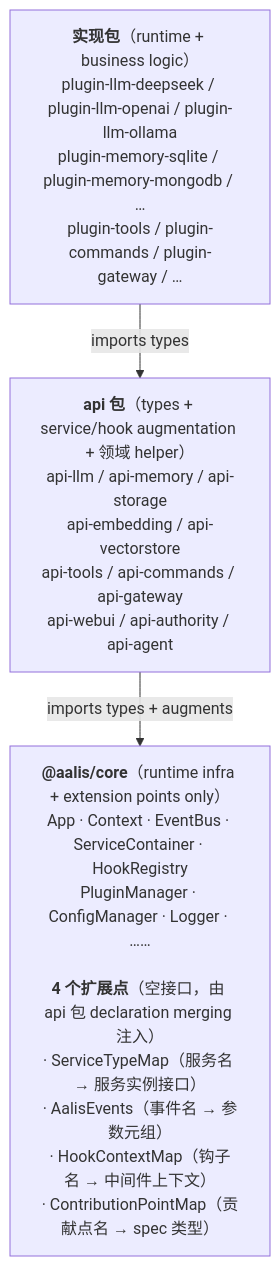
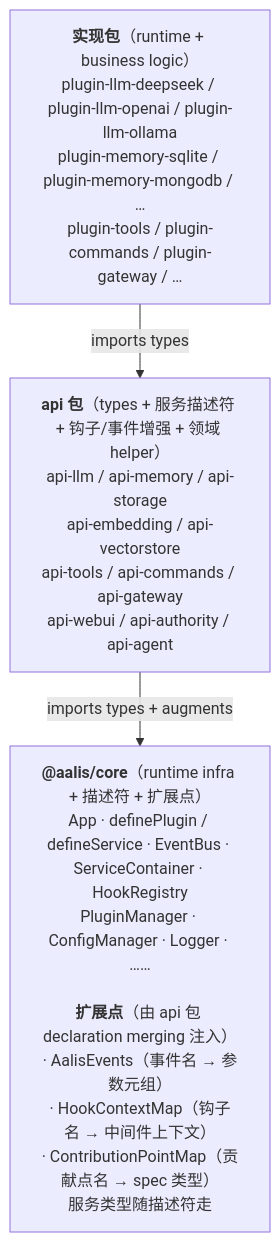
The diagram in docs/design/api-packages.md (AalisLabs/Aalis), drawn with Mermaid before and after one commit. The commit also changed other lines of this file and 12 other files, not shown here.

Commit message:
docs(core): 核心页改到统一服务架构——定义对象、能力、ServiceRef、管理动作口径

````diff
--- a/docs/design/api-packages.md
+++ b/docs/design/api-packages.md
@@ -17,8 +17,8 @@
 ```mermaid
 flowchart TB
   impl["<b>实现包</b>（runtime + business logic）<br/>plugin-llm-deepseek / plugin-llm-openai / plugin-llm-ollama<br/>plugin-memory-sqlite / plugin-memory-mongodb / …<br/>plugin-tools / plugin-commands / plugin-gateway / …"]
-  api["<b>api 包</b>（types + service/hook augmentation + 领域 helper）<br/>api-llm / api-memory / api-storage<br/>api-embedding / api-vectorstore<br/>api-tools / api-commands / api-gateway<br/>api-webui / api-authority / api-agent"]
-  core["<b>@aalis/core</b>（runtime infra + extension points only）<br/>App · Context · EventBus · ServiceContainer · HookRegistry<br/>PluginManager · ConfigManager · Logger · ……<br/> <br/><b>4 个扩展点</b>（空接口，由 api 包 declaration merging 注入）<br/>· ServiceTypeMap（服务名 → 服务实例接口）<br/>· AalisEvents（事件名 → 参数元组）<br/>· HookContextMap（钩子名 → 中间件上下文）<br/>· ContributionPointMap（贡献点名 → spec 类型）"]
+  api["<b>api 包</b>（types + 服务描述符 + 钩子/事件增强 + 领域 helper）<br/>api-llm / api-memory / api-storage<br/>api-embedding / api-vectorstore<br/>api-tools / api-commands / api-gateway<br/>api-webui / api-authority / api-agent"]
+  core["<b>@aalis/core</b>（runtime infra + 描述符 + 扩展点）<br/>App · definePlugin / defineService · EventBus · ServiceContainer · HookRegistry<br/>PluginManager · ConfigManager · Logger · ……<br/> <br/><b>扩展点</b>（由 api 包 declaration merging 注入）<br/>· AalisEvents（事件名 → 参数元组）<br/>· HookContextMap（钩子名 → 中间件上下文）<br/>· ContributionPointMap（贡献点名 → spec 类型）<br/>服务类型随描述符走"]
   impl -->|imports types| api
   api -->|imports types + augments| core
 ```
````
